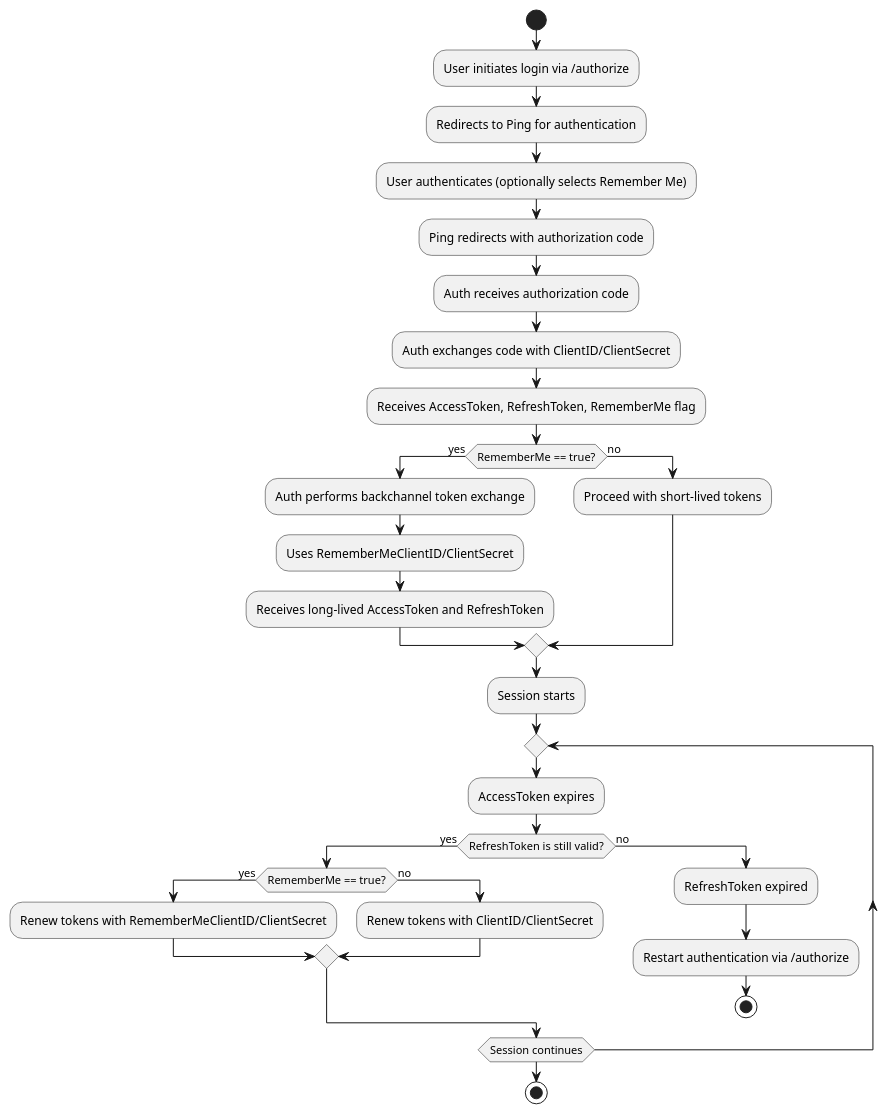
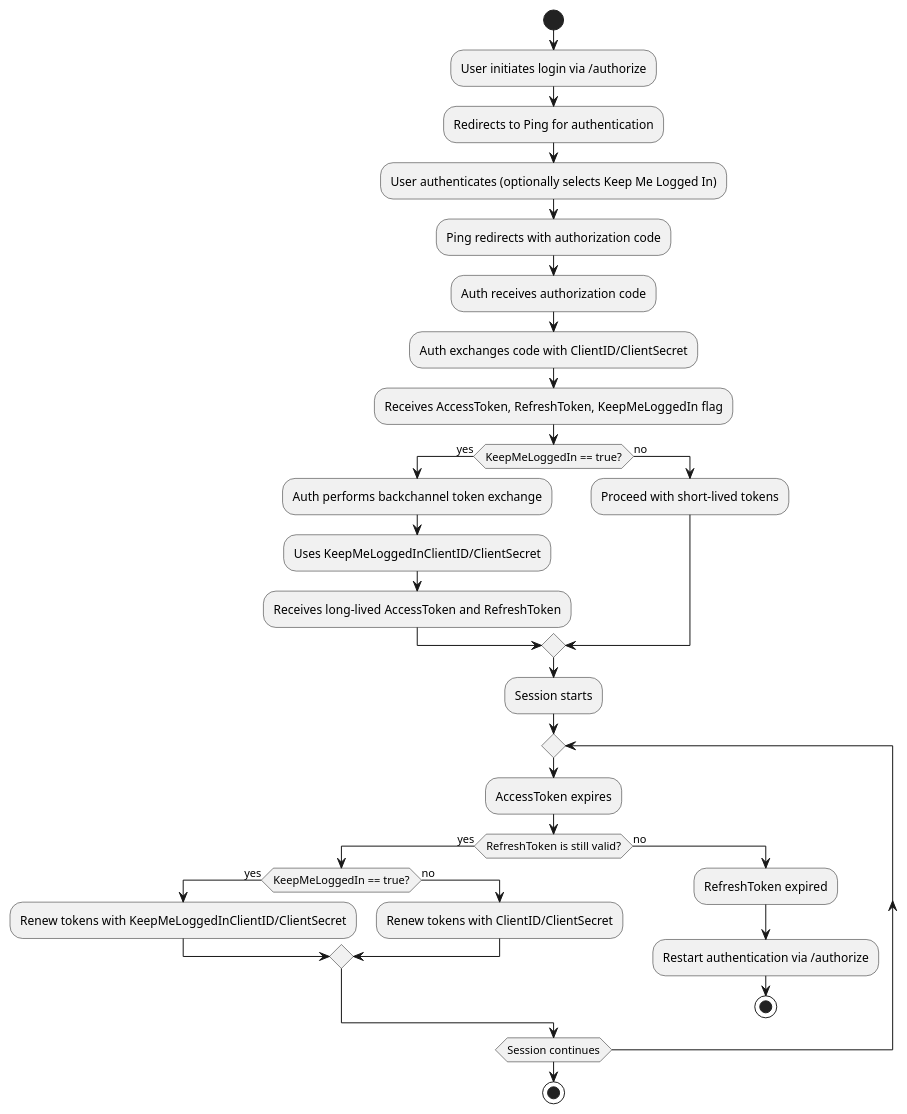
One commit to malotian/ping-proxy-auth-app-solution changed the diagram in puml/token-issue-renew-rember-me.puml. Above: the diagram before and after it, drawn with PlantUML. The commit also changed 8 other files, not shown here.

Commit message:
Remember Me -> Keep Me Logged In

```diff
--- a/puml/token-issue-renew-rember-me.puml
+++ b/puml/token-issue-renew-rember-me.puml
@@ -1,39 +1,39 @@
 @startuml
 start
 
 :User initiates login via /authorize;
 :Redirects to Ping for authentication;
-:User authenticates (optionally selects Remember Me);
+:User authenticates (optionally selects Keep Me Logged In);
 :Ping redirects with authorization code;
 
 :Auth receives authorization code;
 :Auth exchanges code with ClientID/ClientSecret;
-:Receives AccessToken, RefreshToken, RememberMe flag;
+:Receives AccessToken, RefreshToken, KeepMeLoggedIn flag;
 
-if (RememberMe == true?) then (yes)
+if (KeepMeLoggedIn == true?) then (yes)
   :Auth performs backchannel token exchange;
-  :Uses RememberMeClientID/ClientSecret;
+  :Uses KeepMeLoggedInClientID/ClientSecret;
   :Receives long-lived AccessToken and RefreshToken;
 else (no)
   :Proceed with short-lived tokens;
 endif
 
 :Session starts;
 
 repeat
   :AccessToken expires;
   if (RefreshToken is still valid?) then (yes)
-    if (RememberMe == true?) then (yes)
-      :Renew tokens with RememberMeClientID/ClientSecret;
+    if (KeepMeLoggedIn == true?) then (yes)
+      :Renew tokens with KeepMeLoggedInClientID/ClientSecret;
     else (no)
       :Renew tokens with ClientID/ClientSecret;
     endif
   else (no)
     :RefreshToken expired;
     :Restart authentication via /authorize;
     stop
   endif
 repeat while (Session continues)
 
 stop
 @enduml
```
